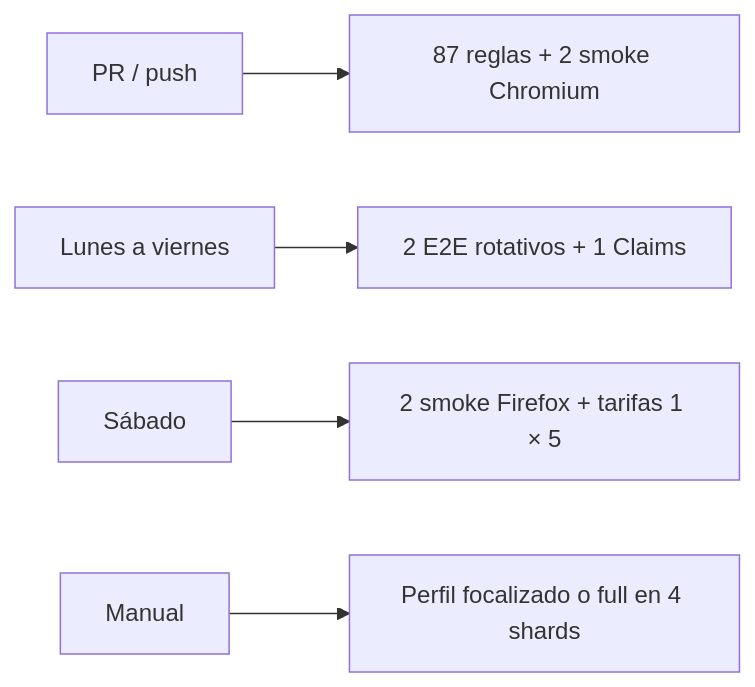
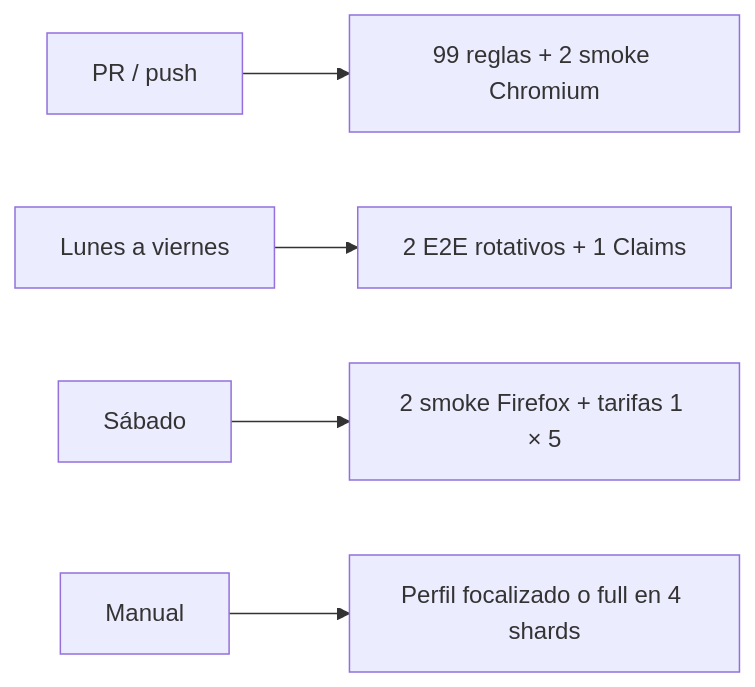
The diagram in docs/OPERACION-Y-MANTENIMIENTO.md (Automatizacion-WeeCompany/AutomatizacionAF), drawn with Mermaid before and after one commit. The commit also changed 34 other files, not shown here.

````diff
--- a/docs/OPERACION-Y-MANTENIMIENTO.md
+++ b/docs/OPERACION-Y-MANTENIMIENTO.md
@@ -86,7 +86,7 @@
 ```mermaid
 flowchart LR
-    A["PR / push"] --> B["87 reglas + 2 smoke Chromium"]
+    A["PR / push"] --> B["99 reglas + 2 smoke Chromium"]
     C["Lunes a viernes"] --> D["2 E2E rotativos + 1 Claims"]
     E["Sábado"] --> F["2 smoke Firefox + tarifas 1 × 5"]
     G["Manual"] --> H["Perfil focalizado o full en 4 shards"]
 ```
````
